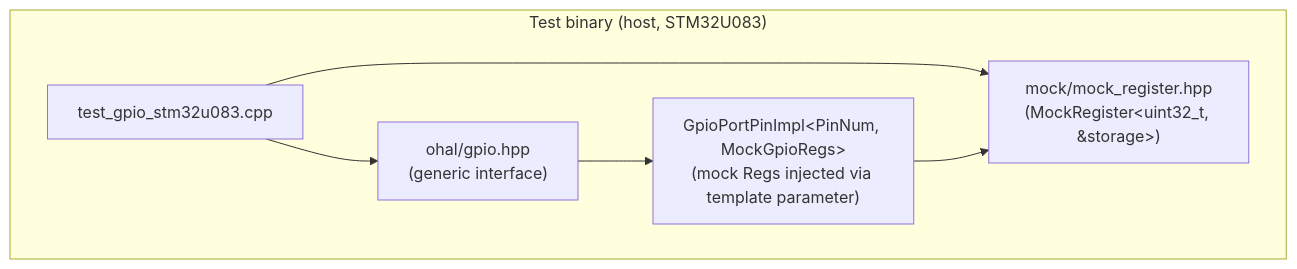
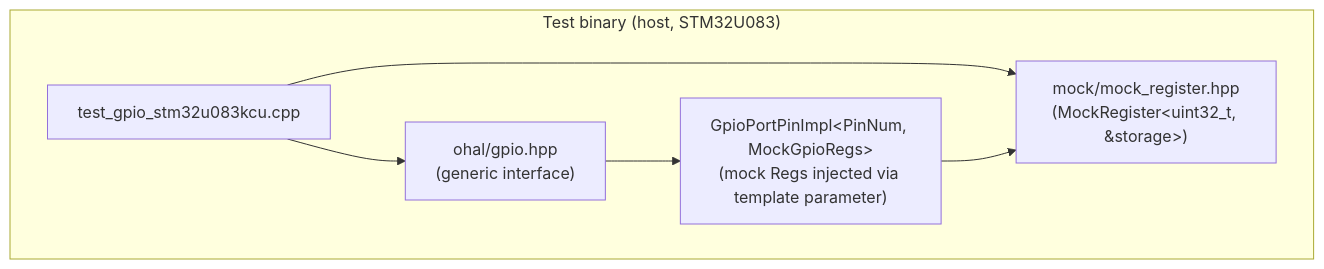
Before and after one commit to grahame-org/ohal: diagram 12 of 13 in docs/plan.md, drawn with Mermaid. The commit also changed other lines of this file and 29 other files, not shown here.

````diff
--- a/docs/plan.md
+++ b/docs/plan.md
@@ -591,13 +591,13 @@
 ```mermaid
 graph TD
     subgraph "Test binary (host, STM32U083)"
-        TEST["test_gpio_stm32u083.cpp"]
+        TEST["test_gpio_stm32u083kcu.cpp"]
         MOCK["mock/mock_register.hpp<br/>(MockRegister&lt;uint32_t, &storage&gt;)"]
         IFACE["ohal/gpio.hpp<br/>(generic interface)"]
         IMPL["GpioPortPinImpl&lt;PinNum, MockGpioRegs&gt;<br/>(mock Regs injected via template parameter)"]
     end
     TEST --> MOCK
     TEST --> IFACE
     IFACE --> IMPL
     IMPL --> MOCK
 ```
````
